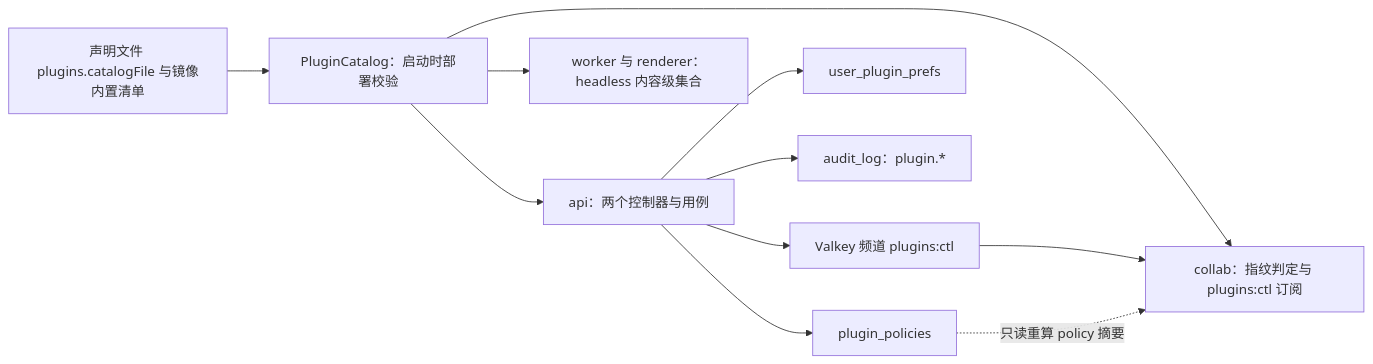
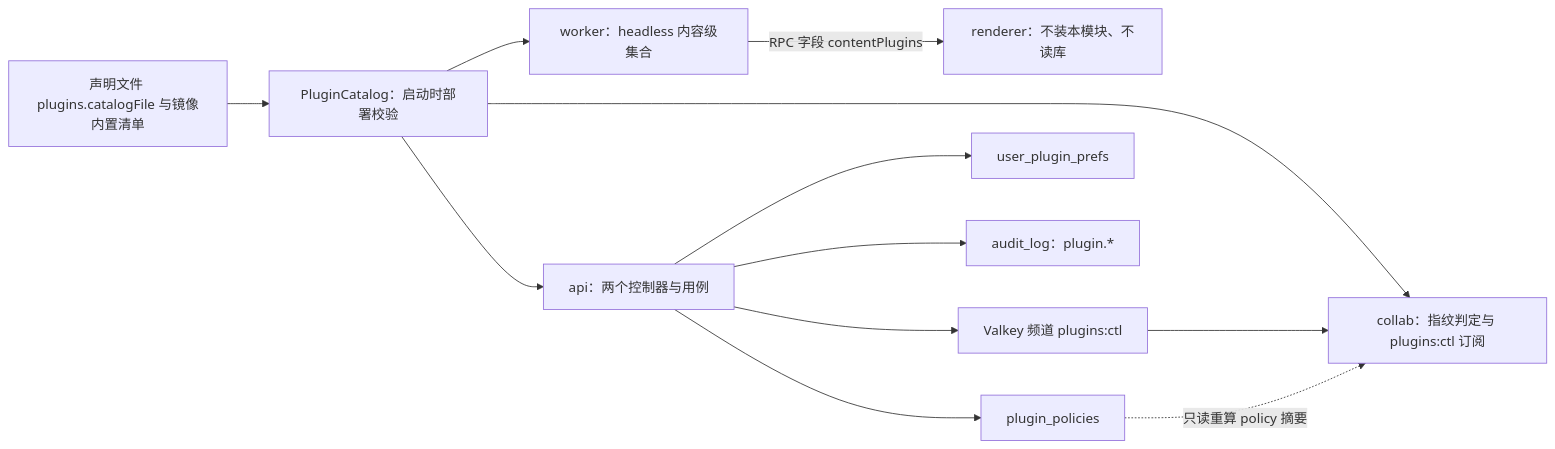
One commit to Xeonice/cordis-ppt-editor changed the eighth of 9 diagrams in docs/40-modules/08-server-identity-documents-and-storage.md. Above: the diagram before and after it, drawn with Mermaid. The commit also changed other lines of this file and 9 other files, not shown here.

````diff
--- a/docs/40-modules/08-server-identity-documents-and-storage.md
+++ b/docs/40-modules/08-server-identity-documents-and-storage.md
@@ -928,22 +928,24 @@
 ```mermaid
 flowchart LR
   file["声明文件 plugins.catalogFile 与镜像内置清单"]
   catalog["PluginCatalog：启动时部署校验"]
   api["api：两个控制器与用例"]
   collab["collab：指纹判定与 plugins:ctl 订阅"]
-  worker["worker 与 renderer：headless 内容级集合"]
+  worker["worker：headless 内容级集合"]
+  renderer["renderer：不装本模块、不读库"]
   pol["plugin_policies"]
   prefs["user_plugin_prefs"]
   audit["audit_log：plugin.*"]
   ch["Valkey 频道 plugins:ctl"]
   file --> catalog
   catalog --> api
   catalog --> collab
   catalog --> worker
+  worker -- "RPC 字段 contentPlugins" --> renderer
   api --> pol
   api --> prefs
   api --> audit
   api --> ch
   ch --> collab
   pol -. "只读重算 policy 摘要" .-> collab
 ```
````
